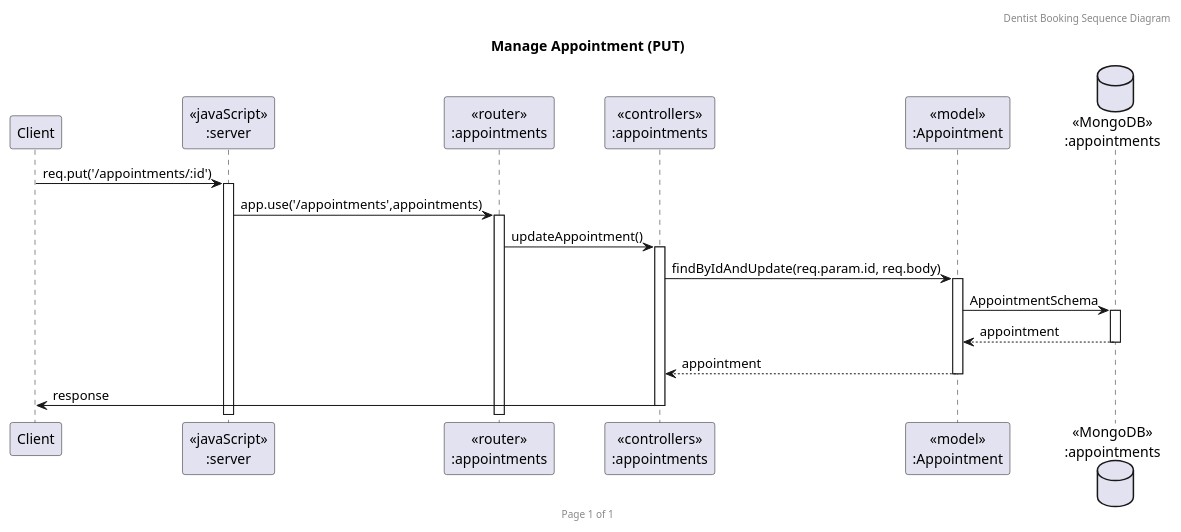
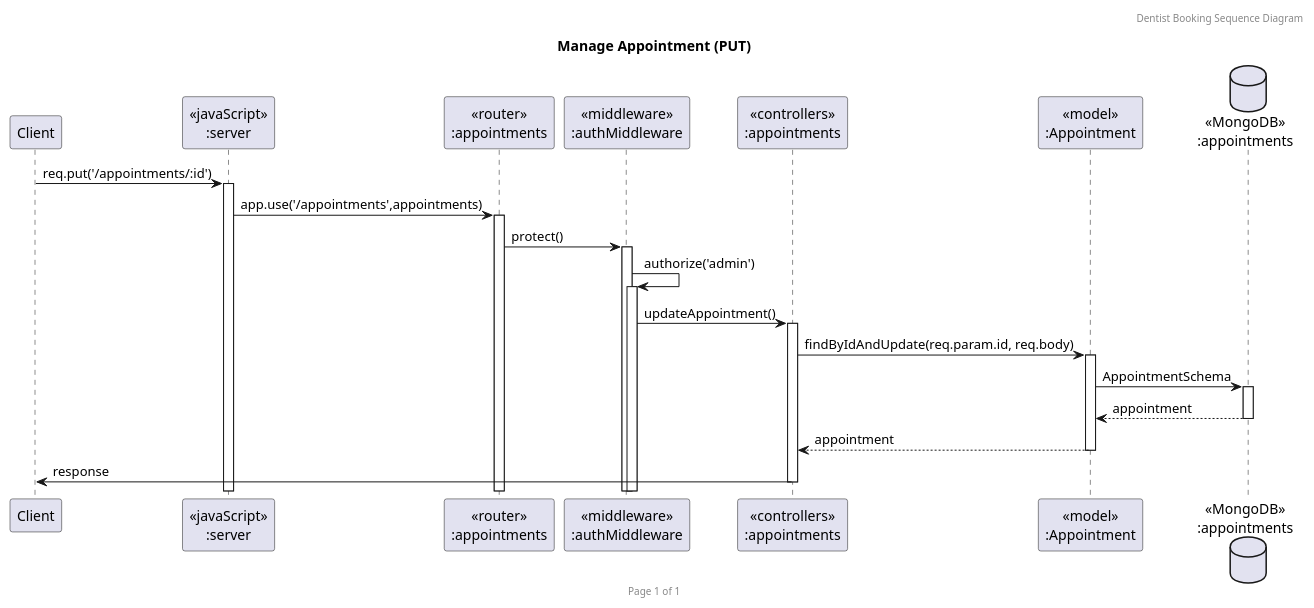
The diagram in doc/sequence_diagram/UpdateAppointment.puml (KoalaMuch/DentistBooking), drawn with PlantUML before and after one commit. The commit also changed 10 other files, not shown here.

Commit message:
add middleware in seq diagram

```diff
--- a/doc/sequence_diagram/UpdateAppointment.puml
+++ b/doc/sequence_diagram/UpdateAppointment.puml
@@ -1,23 +1,26 @@
 @startuml Manage Appointment (PUT)
 
 header Dentist Booking Sequence Diagram
 footer Page %page% of %lastpage%
 title "Manage Appointment (PUT)"
 
 participant "Client" as client
 participant "<<javaScript>>\n:server" as server
 participant "<<router>>\n:appointments" as routerAppointments
+participant "<<middleware>>\n:authMiddleware" as authMiddleware
 participant "<<controllers>>\n:appointments" as controllersAppointments
 participant "<<model>>\n:Appointment" as modelAppointment
 database "<<MongoDB>>\n:appointments" as AppointmentsDatabase
 
 client->server ++:req.put('/appointments/:id')
 server->routerAppointments ++:app.use('/appointments',appointments)
-routerAppointments -> controllersAppointments ++:updateAppointment()
+routerAppointments->authMiddleware ++:protect()
+authMiddleware->authMiddleware ++:authorize('admin')
+authMiddleware -> controllersAppointments ++:updateAppointment()
 controllersAppointments->modelAppointment ++:findByIdAndUpdate(req.param.id, req.body)
 modelAppointment ->AppointmentsDatabase ++: AppointmentSchema
 AppointmentsDatabase --> modelAppointment --: appointment
 controllersAppointments <-- modelAppointment --:appointment
 controllersAppointments->client --:response
 
 @enduml
```
